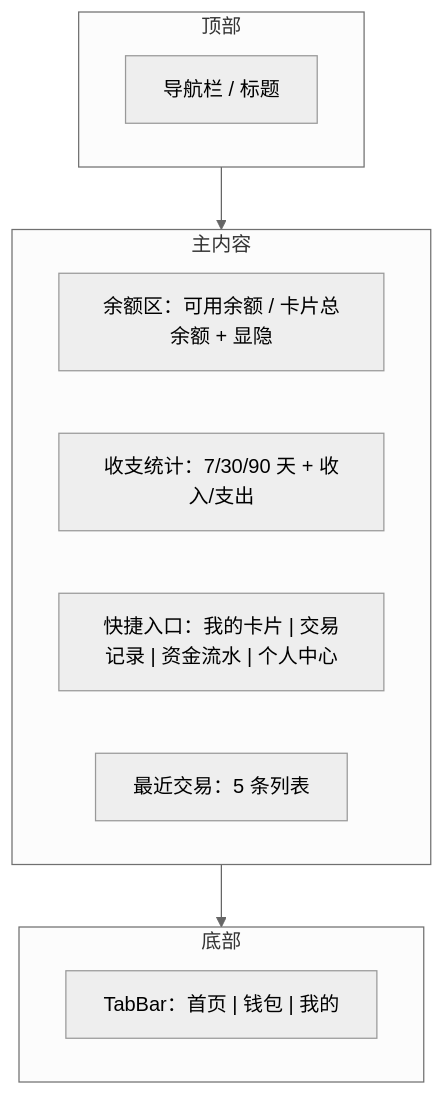
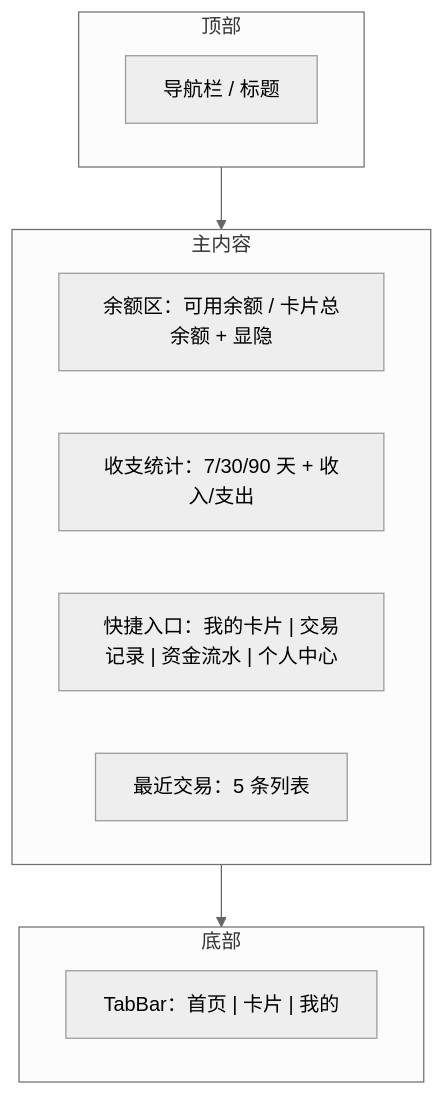
One commit to John24601/mxk8-virtual-card-uniapp changed the second of 11 diagrams in docs/prototypes.md. Above: the diagram before and after it, drawn with Mermaid (neutral theme). The commit also changed other lines of this file and 22 other files, not shown here.

````diff
--- a/docs/prototypes.md
+++ b/docs/prototypes.md
@@ -58,16 +58,16 @@
 ```mermaid
 flowchart TB
   subgraph header [顶部]
     NavBar["导航栏 / 标题"]
   end
   subgraph main [主内容]
     Balance["余额区：可用余额 / 卡片总余额 + 显隐"]
     Stats["收支统计：7/30/90 天 + 收入/支出"]
     Shortcuts["快捷入口：我的卡片 | 交易记录 | 资金流水 | 个人中心"]
     Recent["最近交易：5 条列表"]
   end
   subgraph footer [底部]
-    TabBar["TabBar：首页 | 钱包 | 我的"]
+    TabBar["TabBar：首页 | 卡片 | 我的"]
   end
   header --> main --> footer
 ```
````
